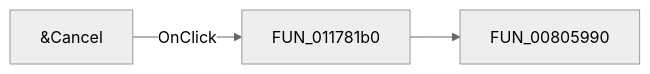
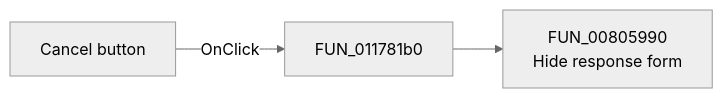
The diagram in docs/ui-controls/response-form1/closebitbtn1-1a49e85201.md (MovGP0/TIARA), drawn with Mermaid (neutral theme) before and after one commit. The commit also changed other lines of this file and 1062 other files, not shown here.

````diff
--- a/docs/ui-controls/response-form1/closebitbtn1-1a49e85201.md
+++ b/docs/ui-controls/response-form1/closebitbtn1-1a49e85201.md
@@ -27,5 +25,5 @@
 ```mermaid
 flowchart LR
-    control["&Cancel"] -->|OnClick| handler["FUN_011781b0"]
-    handler --> call1["FUN_00805990"]
+    control["Cancel button"] -->|OnClick| handler["FUN_011781b0"]
+    handler --> hide["FUN_00805990<br/>Hide response form"]
 ```
````
